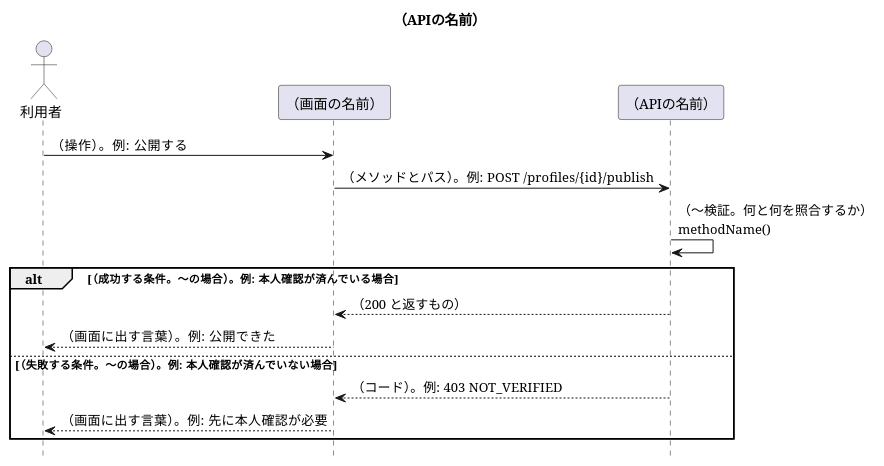
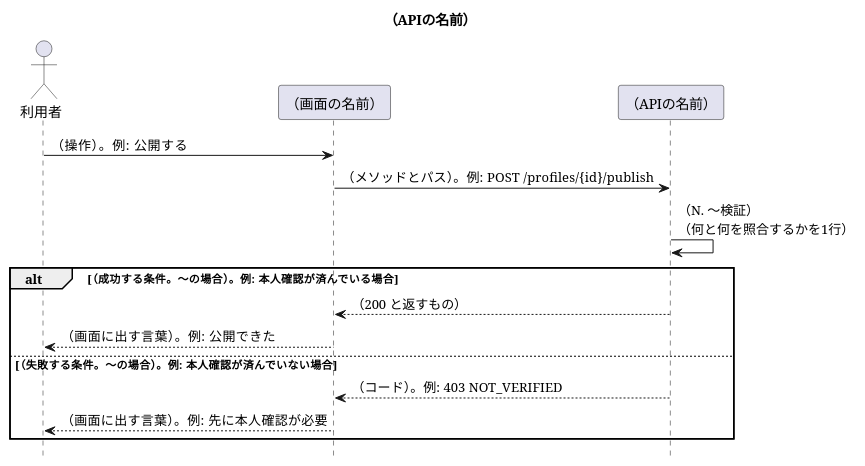
The diagram in apis/_template/入口.puml (masamasamasato/design-doc-template), drawn with PlantUML before and after one commit. The commit also changed 12 other files, not shown here.

```diff
--- a/apis/_template/入口.puml
+++ b/apis/_template/入口.puml
@@ -1,24 +1,24 @@
 @startuml
 skinparam shadowing false
 skinparam NoteBackgroundColor #FFFFCC
 skinparam defaultFontName "Noto Sans CJK JP"
 skinparam SequenceFontName "Noto Sans CJK JP"
 hide footbox
 
 title （APIの名前）
 
 actor "利用者" as User
 participant "（画面の名前）" as Screen
 participant "（APIの名前）" as API
 
 User -> Screen : （操作）。例: 公開する
 Screen -> API : （メソッドとパス）。例: POST /profiles/{id}/publish
-API -> API : （〜検証。何と何を照合するか）\nmethodName()
+API -> API : （N. 〜検証）\n（何と何を照合するかを1行）
 alt （成功する条件。〜の場合）。例: 本人確認が済んでいる場合
   API --> Screen : （200 と返すもの）
   Screen --> User : （画面に出す言葉）。例: 公開できた
 else （失敗する条件。〜の場合）。例: 本人確認が済んでいない場合
   API --> Screen : （コード）。例: 403 NOT_VERIFIED
   Screen --> User : （画面に出す言葉）。例: 先に本人確認が必要
 end
 @enduml
```
